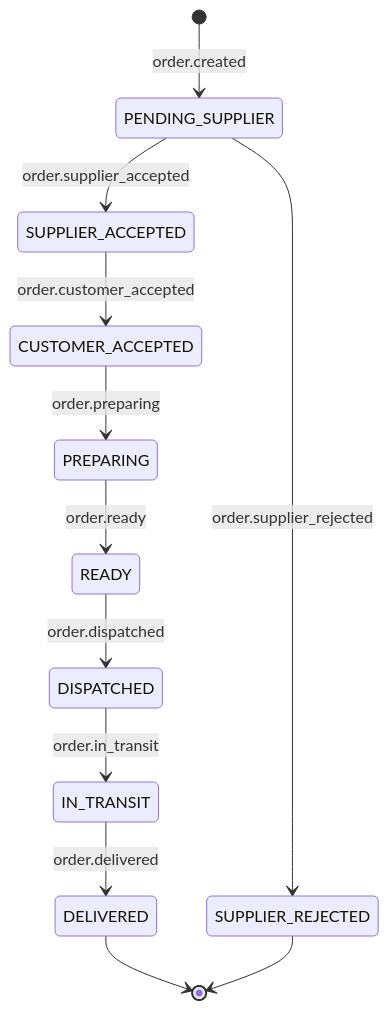
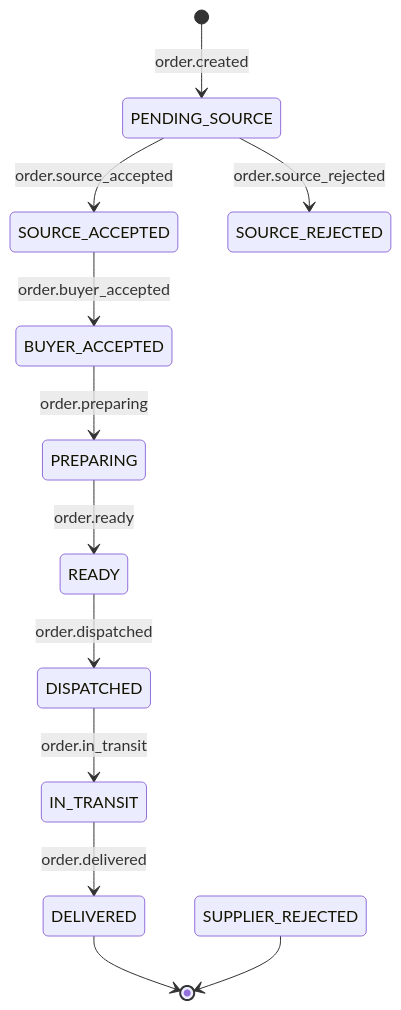
The second of 2 diagrams in docs/KAFKA_INTEGRATION.md (tukue/event-driven-platform), drawn with Mermaid before and after one commit. The commit also changed other lines of this file and 66 other files, not shown here.

````diff
--- a/docs/KAFKA_INTEGRATION.md
+++ b/docs/KAFKA_INTEGRATION.md
@@ -1008,14 +1008,14 @@
 ```mermaid
 stateDiagram-v2
-    [*] --> PENDING_SUPPLIER: order.created
-    PENDING_SUPPLIER --> SUPPLIER_ACCEPTED: order.supplier_accepted
-    PENDING_SUPPLIER --> SUPPLIER_REJECTED: order.supplier_rejected
-    SUPPLIER_ACCEPTED --> CUSTOMER_ACCEPTED: order.customer_accepted
-    CUSTOMER_ACCEPTED --> PREPARING: order.preparing
+    [*] --> PENDING_SOURCE: order.created
+    PENDING_SOURCE --> SOURCE_ACCEPTED: order.source_accepted
+    PENDING_SOURCE --> SOURCE_REJECTED: order.source_rejected
+    SOURCE_ACCEPTED --> BUYER_ACCEPTED: order.buyer_accepted
+    BUYER_ACCEPTED --> PREPARING: order.preparing
     PREPARING --> READY: order.ready
     READY --> DISPATCHED: order.dispatched
     DISPATCHED --> IN_TRANSIT: order.in_transit
     IN_TRANSIT --> DELIVERED: order.delivered
     DELIVERED --> [*]
     SUPPLIER_REJECTED --> [*]
 ```
````
